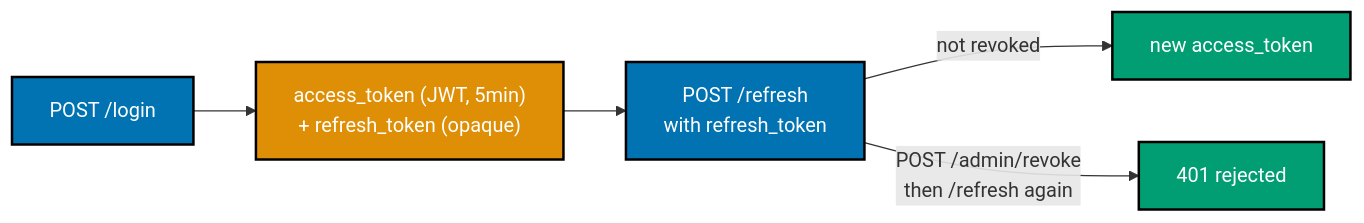
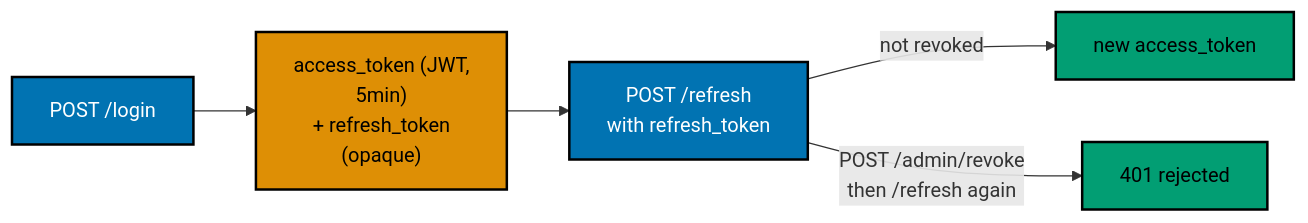
One commit to wahidyankf/ose-public changed the third of 6 diagrams in apps/ayokoding-www/content/en/learn/courses/security-essentials/learning/advanced.md. Above: the diagram before and after it, drawn with Mermaid. The commit also changed other lines of this file and 145 other files, not shown here.

First line of the commit message:
fix(mermaid): bring the second half of the courses diagrams onto the accessible palette

````diff
--- a/apps/ayokoding-www/content/en/learn/courses/security-essentials/learning/advanced.md
+++ b/apps/ayokoding-www/content/en/learn/courses/security-essentials/learning/advanced.md
@@ -2028,12 +2034,15 @@
 ```mermaid
 %% Color Palette: Blue #0173B2, Orange #DE8F05, Teal #029E73
 graph LR
-    A["POST /login"]:::blue --> B["access_token (JWT, 5min)<br/>+ refresh_token (opaque)"]:::orange
+    accTitle: Example 65: A Token Revocation Strategy
+    accDescr: Graph with 5 nodes and 4 connections. Nodes: POST /login, access_token (JWT, 5min) + refresh_token (opaque), POST /refresh with refresh_token, new access_token, 401 rejected. Connections: POST /login to access_token (JWT, 5min) + refresh_token (opaque), access_token (JWT, 5min) + refresh_token (opaque) to POST /refresh with refresh_token, POST /refresh with refresh_token to new access_token (not revoked), POST /refresh with refresh_token to 401 rejected (POST /admin/revoke then /refresh again).
+    A["POST /login"]:::blue --> B["access_token (JWT,<br/>5min)<br/>+ refresh_token<br/>(opaque)"]:::orange
     B --> C["POST /refresh<br/>with refresh_token"]:::blue
     C -->|"not revoked"| D["new access_token"]:::teal
     C -->|"POST /admin/revoke<br/>then /refresh again"| E["401 rejected"]:::teal
 
     classDef blue fill:#0173B2,stroke:#000000,color:#FFFFFF,stroke-width:2px
-    classDef orange fill:#DE8F05,stroke:#000000,color:#FFFFFF,stroke-width:2px
-    classDef teal fill:#029E73,stroke:#000000,color:#FFFFFF,stroke-width:2px
+    classDef orange fill:#DE8F05,stroke:#000000,color:#000000,stroke-width:2px
+    classDef teal fill:#029E73,stroke:#000000,color:#000000,stroke-width:2px
+    classDef default fill:#FFFFFF,stroke:#000000,color:#000000
 ```
````
